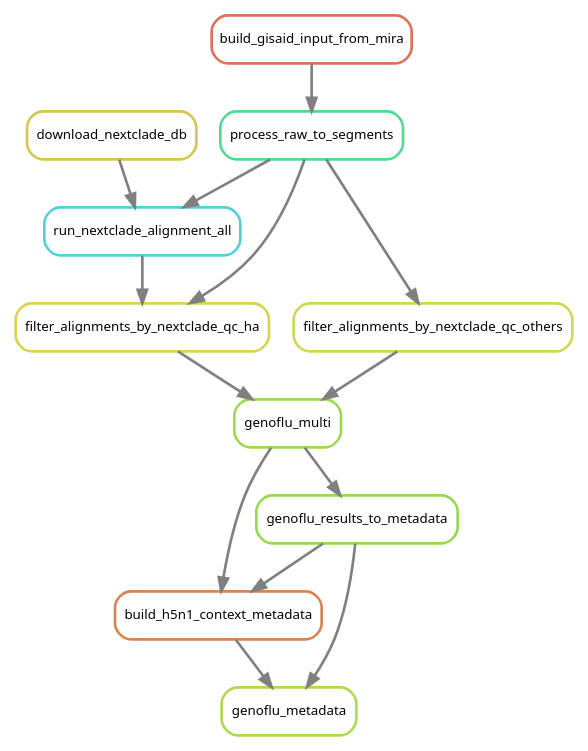
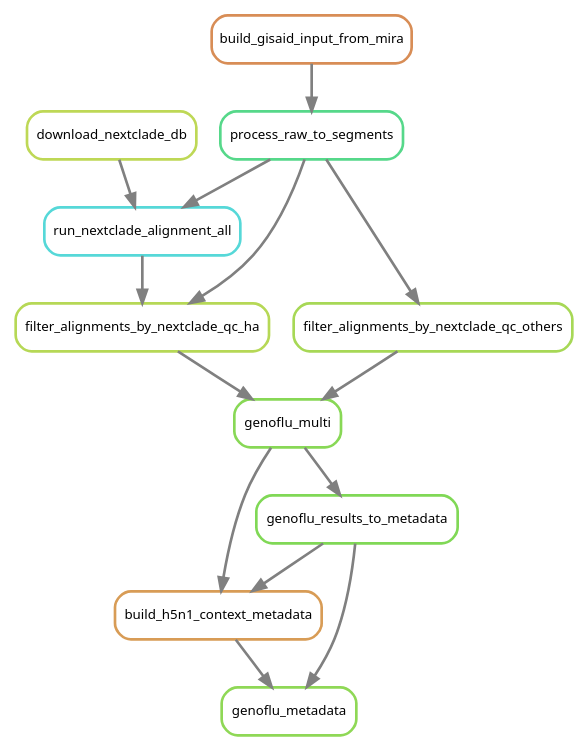
One commit to Sebysemily/Flu changed the diagram in analysis/pipeline_all_pipeline_options_rulegraph.dot. Above: the diagram before and after it, drawn with Graphviz. The commit also changed 69 other files, not shown here.

```diff
--- a/analysis/pipeline_all_pipeline_options_rulegraph.dot
+++ b/analysis/pipeline_all_pipeline_options_rulegraph.dot
@@ -1,28 +1,28 @@
 digraph snakemake_dag {
     graph[bgcolor=white, margin=0];
     node[shape=box, style=rounded, fontname=sans,                 fontsize=10, penwidth=2];
     edge[penwidth=2, color=grey];
-	0[label = "genoflu_metadata", color = "0.22 0.6 0.85", style="rounded"];
-	1[label = "build_h5n1_context_metadata", color = "0.06 0.6 0.85", style="rounded"];
-	2[label = "genoflu_multi", color = "0.24 0.6 0.85", style="rounded"];
-	3[label = "filter_alignments_by_nextclade_qc_others", color = "0.18 0.6 0.85", style="rounded"];
-	4[label = "process_raw_to_segments", color = "0.41 0.6 0.85", style="rounded"];
-	5[label = "build_gisaid_input_from_mira", color = "0.04 0.6 0.85", style="rounded"];
-	6[label = "filter_alignments_by_nextclade_qc_ha", color = "0.16 0.6 0.85", style="rounded"];
-	7[label = "run_nextclade_alignment_all", color = "0.51 0.6 0.85", style="rounded"];
-	8[label = "download_nextclade_db", color = "0.14 0.6 0.85", style="rounded"];
-	9[label = "genoflu_results_to_metadata", color = "0.25 0.6 0.85", style="rounded"];
+	0[label = "genoflu_metadata", color = "0.26 0.6 0.85", style="rounded"];
+	1[label = "build_h5n1_context_metadata", color = "0.09 0.6 0.85", style="rounded"];
+	2[label = "genoflu_multi", color = "0.27 0.6 0.85", style="rounded"];
+	3[label = "filter_alignments_by_nextclade_qc_others", color = "0.23 0.6 0.85", style="rounded"];
+	4[label = "process_raw_to_segments", color = "0.40 0.6 0.85", style="rounded"];
+	5[label = "build_gisaid_input_from_mira", color = "0.07 0.6 0.85", style="rounded"];
+	6[label = "filter_alignments_by_nextclade_qc_ha", color = "0.21 0.6 0.85", style="rounded"];
+	7[label = "run_nextclade_alignment_all", color = "0.50 0.6 0.85", style="rounded"];
+	8[label = "download_nextclade_db", color = "0.20 0.6 0.85", style="rounded"];
+	9[label = "genoflu_results_to_metadata", color = "0.28 0.6 0.85", style="rounded"];
+	9 -> 0
 	1 -> 0
-	9 -> 0
+	9 -> 1
 	2 -> 1
-	9 -> 1
+	3 -> 2
 	6 -> 2
-	3 -> 2
 	4 -> 3
 	5 -> 4
+	4 -> 6
 	7 -> 6
-	4 -> 6
 	8 -> 7
 	4 -> 7
 	2 -> 9
 }            
```
